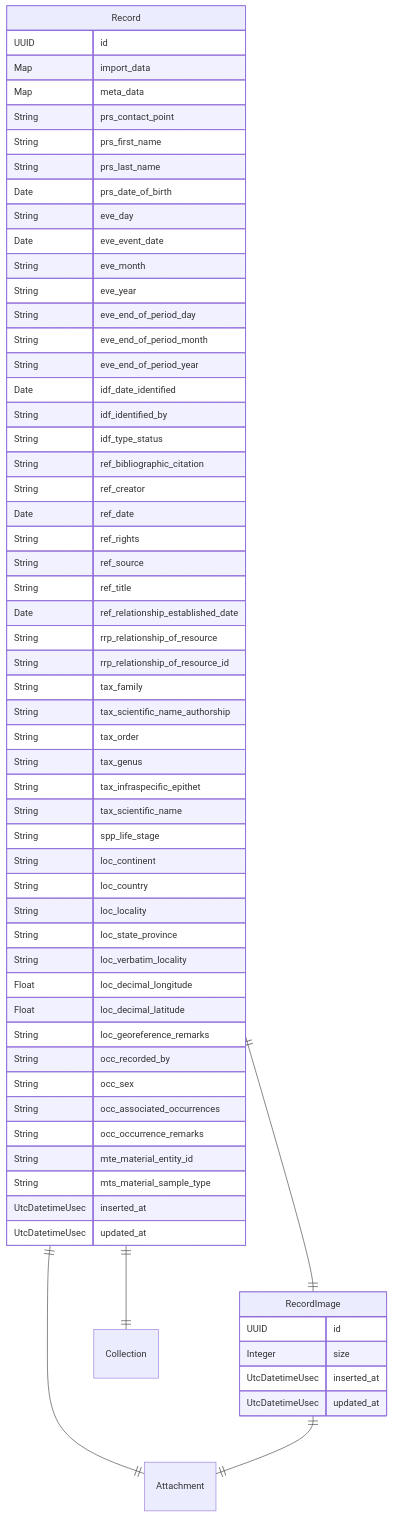
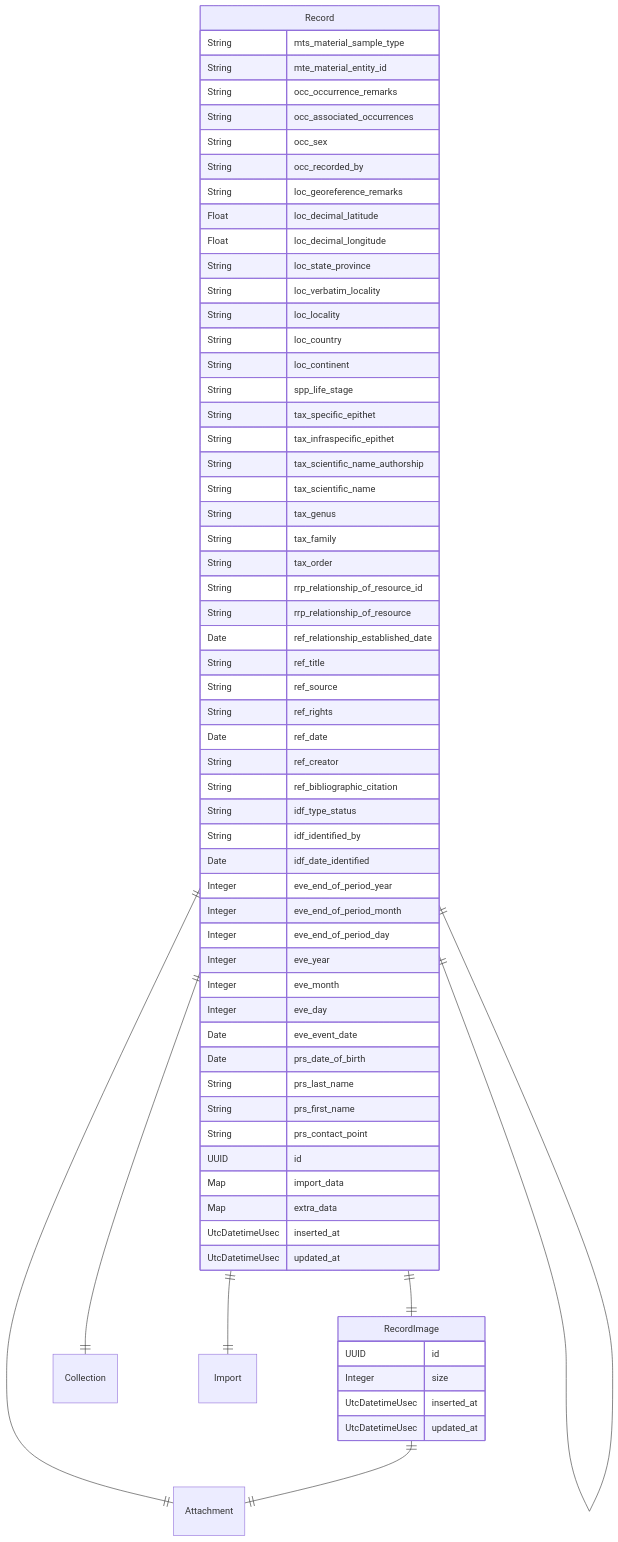
One commit to zebbra/data_aggregator changed the fourth of 8 diagrams in docs/api.md. Above: the diagram before and after it, drawn with Mermaid. The commit also changed other lines of this file and 41 other files, not shown here.

````diff
--- a/docs/api.md
+++ b/docs/api.md
@@ -271,65 +327,68 @@
 ```mermaid
 erDiagram
     Record {
+        String mts_material_sample_type
+        String mte_material_entity_id
+        String occ_occurrence_remarks
+        String occ_associated_occurrences
+        String occ_sex
+        String occ_recorded_by
+        String loc_georeference_remarks
+        Float loc_decimal_latitude
+        Float loc_decimal_longitude
+        String loc_state_province
+        String loc_verbatim_locality
+        String loc_locality
+        String loc_country
+        String loc_continent
+        String spp_life_stage
+        String tax_specific_epithet
+        String tax_infraspecific_epithet
+        String tax_scientific_name_authorship
+        String tax_scientific_name
+        String tax_genus
+        String tax_family
+        String tax_order
+        String rrp_relationship_of_resource_id
+        String rrp_relationship_of_resource
+        Date ref_relationship_established_date
+        String ref_title
+        String ref_source
+        String ref_rights
+        Date ref_date
+        String ref_creator
+        String ref_bibliographic_citation
+        String idf_type_status
+        String idf_identified_by
+        Date idf_date_identified
+        Integer eve_end_of_period_year
+        Integer eve_end_of_period_month
+        Integer eve_end_of_period_day
+        Integer eve_year
+        Integer eve_month
+        Integer eve_day
+        Date eve_event_date
+        Date prs_date_of_birth
+        String prs_last_name
+        String prs_first_name
+        String prs_contact_point
         UUID id
         Map import_data
-        Map meta_data
-        String prs_contact_point
-        String prs_first_name
-        String prs_last_name
-        Date prs_date_of_birth
-        String eve_day
-        Date eve_event_date
-        String eve_month
-        String eve_year
-        String eve_end_of_period_day
-        String eve_end_of_period_month
-        String eve_end_of_period_year
-        Date idf_date_identified
-        String idf_identified_by
-        String idf_type_status
-        String ref_bibliographic_citation
-        String ref_creator
-        Date ref_date
-        String ref_rights
-        String ref_source
-        String ref_title
-        Date ref_relationship_established_date
-        String rrp_relationship_of_resource
-        String rrp_relationship_of_resource_id
-        String tax_family
-        String tax_scientific_name_authorship
-        String tax_order
-        String tax_genus
-        String tax_infraspecific_epithet
-        String tax_scientific_name
-        String spp_life_stage
-        String loc_continent
-        String loc_country
-        String loc_locality
-        String loc_state_province
-        String loc_verbatim_locality
-        Float loc_decimal_longitude
-        Float loc_decimal_latitude
-        String loc_georeference_remarks
-        String occ_recorded_by
-        String occ_sex
-        String occ_associated_occurrences
-        String occ_occurrence_remarks
-        String mte_material_entity_id
-        String mts_material_sample_type
+        Map extra_data
         UtcDatetimeUsec inserted_at
         UtcDatetimeUsec updated_at
     }
     RecordImage {
         UUID id
         Integer size
         UtcDatetimeUsec inserted_at
         UtcDatetimeUsec updated_at
     }
 
     Record ||--|| RecordImage : ""
     Record ||--|| Attachment : ""
     Record ||--|| Collection : ""
+    Record ||--|| Import : ""
+    Record ||--|| Record : ""
     RecordImage ||--|| Attachment : ""
 ```
````
